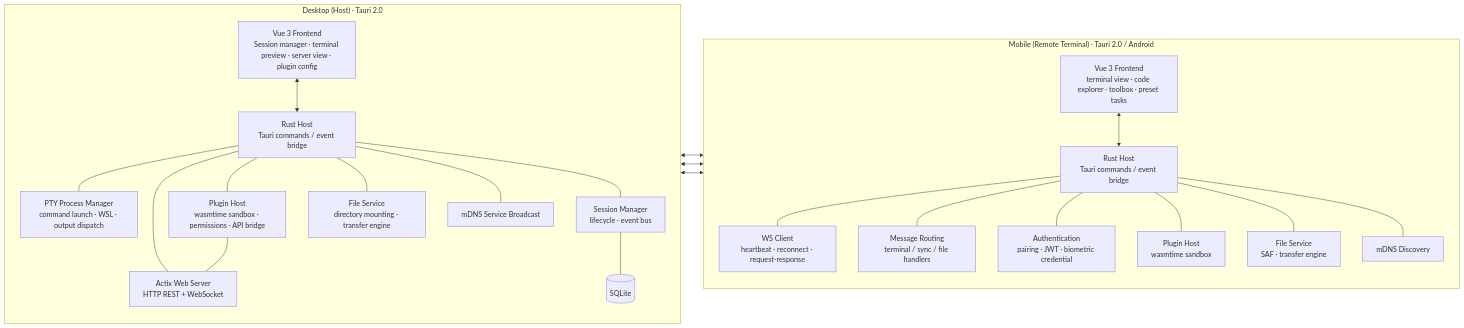
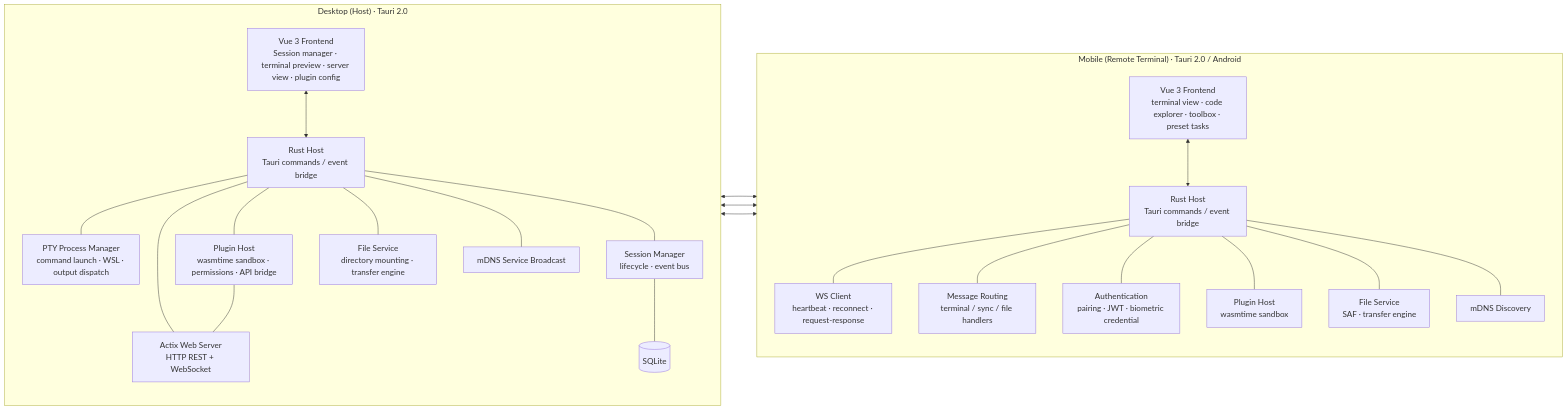
Before and after one commit to 7ZAI/BedCode: the diagram in README_en.md, drawn with Mermaid. The commit also changed other lines of this file and 4 other files, not shown here.

````diff
--- a/README_en.md
+++ b/README_en.md
@@ -64,37 +64,38 @@
 ```mermaid
+%%{init: {"themeVariables": {"fontSize": "18px"}, "flowchart": {"nodeSpacing": 60, "rankSpacing": 80}}}%%
 flowchart LR
     subgraph DESKTOP["Desktop (Host) · Tauri 2.0"]
         direction TB
         D_UI["Vue 3 Frontend<br/>Session manager · terminal preview · server view · plugin config"]
         D_CORE["Rust Host<br/>Tauri commands / event bridge"]
         D_PTY["PTY Process Manager<br/>command launch · WSL · output dispatch"]
         D_SESS["Session Manager<br/>lifecycle · event bus"]
         D_SRV["Actix Web Server<br/>HTTP REST + WebSocket"]
         D_PLG["Plugin Host<br/>wasmtime sandbox · permissions · API bridge"]
         D_FS["File Service<br/>directory mounting · transfer engine"]
         D_MDNS["mDNS Service Broadcast"]
         D_DB[("SQLite")]
         D_UI <--> D_CORE
         D_CORE --- D_PTY & D_SESS & D_SRV & D_PLG & D_FS & D_MDNS
         D_SESS --- D_DB
         D_PLG --- D_SRV
     end
 
     subgraph MOBILE["Mobile (Remote Terminal) · Tauri 2.0 / Android"]
         direction TB
         M_UI["Vue 3 Frontend<br/>terminal view · code explorer · toolbox · preset tasks"]
         M_CORE["Rust Host<br/>Tauri commands / event bridge"]
         M_WS["WS Client<br/>heartbeat · reconnect · request-response"]
         M_RT["Message Routing<br/>terminal / sync / file handlers"]
         M_AUTH["Authentication<br/>pairing · JWT · biometric credential"]
         M_PLG["Plugin Host<br/>wasmtime sandbox"]
         M_FS["File Service<br/>SAF · transfer engine"]
         M_MDNS["mDNS Discovery"]
         M_UI <--> M_CORE
         M_CORE --- M_WS & M_RT & M_AUTH & M_PLG & M_FS & M_MDNS
     end
 
     D_SRV <--> M_WS
     D_FS <--> M_FS
     D_MDNS <--> M_MDNS
 ```
````
